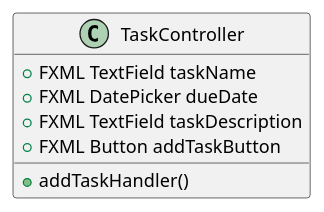
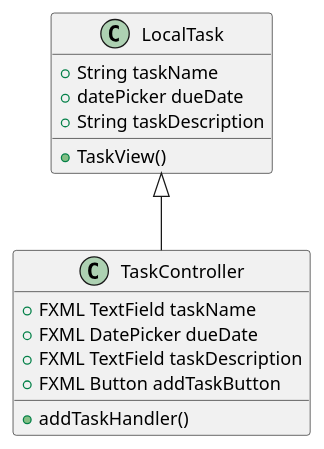
Before and after one commit to carolinacrduarte/duarte-cop3330-assignment4part2: the diagram in uml/TaskController.puml, drawn with PlantUML. The commit also changed 10 other files, not shown here.

Commit message:
Add relationships to UML diagrams and JUnit tests pseudocode

```diff
--- a/uml/TaskController.puml
+++ b/uml/TaskController.puml
@@ -1,9 +1,18 @@
 @startuml
 class TaskController{
     +FXML TextField taskName
     +FXML DatePicker dueDate
     +FXML TextField taskDescription
     +FXML Button addTaskButton
     +addTaskHandler()
 }
+
+class LocalTask{
+    +String taskName
+    +datePicker dueDate
+    +String taskDescription
+    +TaskView()
+}
+
+LocalTask <|-- TaskController
 @enduml
```
